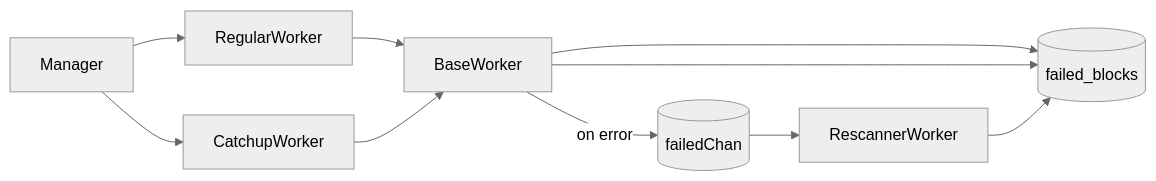
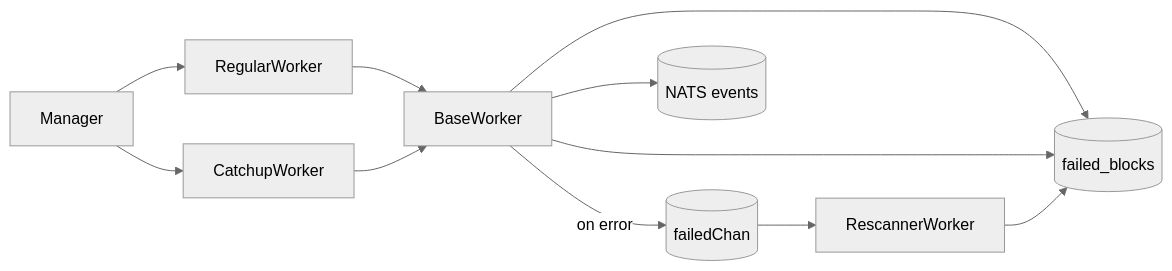
Before and after one commit to fystack/multichain-indexer: the diagram in README.md, drawn with Mermaid (neutral theme). The commit also changed other lines of this file, not shown here.

Commit message:
docs: update README to include public key store and NATS events in worker architecture

````diff
--- a/README.md
+++ b/README.md
@@ -63,6 +64,7 @@
 ```mermaid
 flowchart LR
     Manager --> RegularWorker --> BaseWorker --> KV[(latest_block)]
     Manager --> CatchupWorker --> BaseWorker --> KV[(catchup/progress)]
     BaseWorker -->|on error| CH[(failedChan)] --> RescannerWorker --> KV[(failed_blocks)]
+    BaseWorker --> NATS[(NATS events)]
 ```
````
